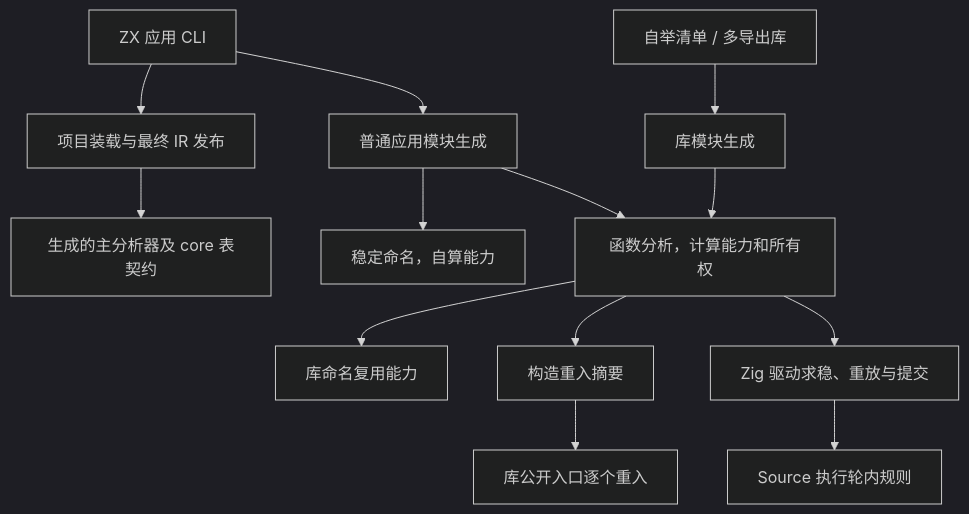
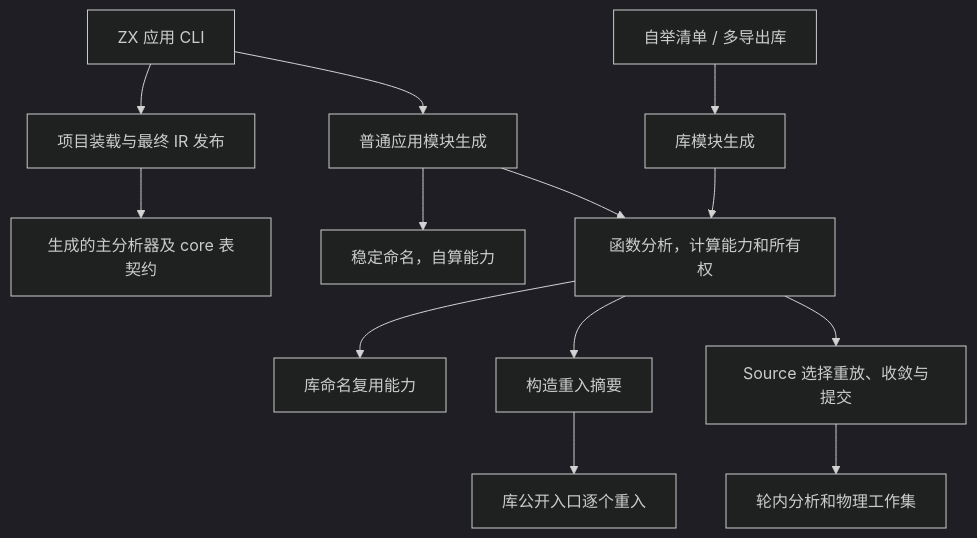
The diagram in docs/自举架构边界与代码冗余诊断.md (MatrixAges/zray), drawn with Mermaid (dark theme) before and after one commit. The commit also changed other lines of this file and 22 other files, not shown here.

````diff
--- a/docs/自举架构边界与代码冗余诊断.md
+++ b/docs/自举架构边界与代码冗余诊断.md
@@ -26,15 +26,15 @@
 ```mermaid
 flowchart TD
     A["ZX 应用 CLI"] --> P["项目装载与最终 IR 发布"]
     P --> Z["生成的主分析器及 core 表契约"]
     A --> M["普通应用模块生成"]
     B["自举清单 / 多导出库"] --> L["库模块生成"]
     M --> N["稳定命名，自算能力"]
     M --> F["函数分析，计算能力和所有权"]
     L --> F
     F --> K["库命名复用能力"]
     F --> W["构造重入摘要"]
     W --> E["库公开入口逐个重入"]
-    F --> H["Zig 驱动求稳、重放与提交"]
-    H --> S["Source 执行轮内规则"]
+    F --> H["Source 选择重放、收敛与提交"]
+    H --> S["轮内分析和物理工作集"]
 ```
````
